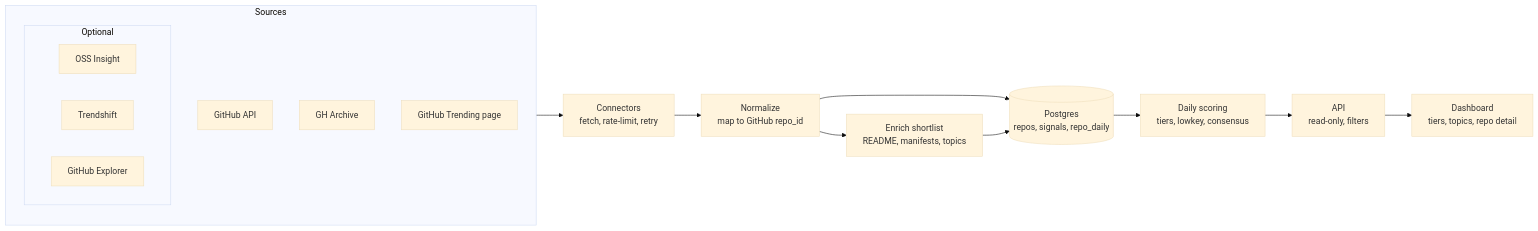
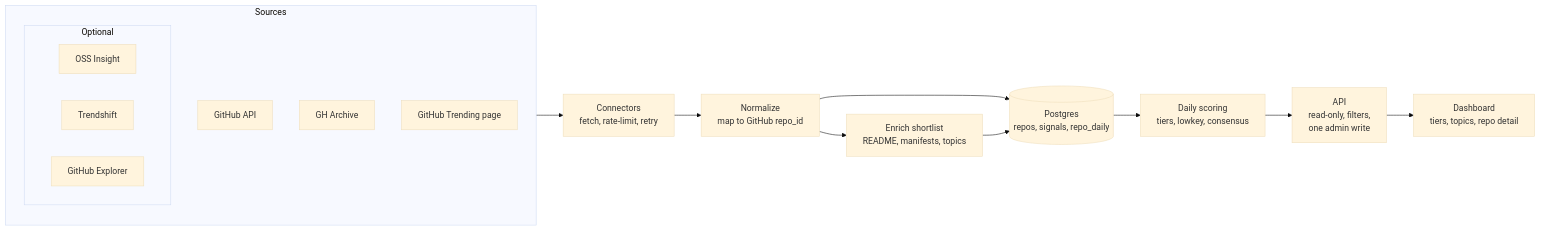
One commit to thunderkds/idea-radar changed the diagram in docs/SPEC.md. Above: the diagram before and after it, drawn with Mermaid (base theme). The commit also changed other lines of this file, not shown here.

First line of the commit message:
T027: SPEC documents POST /rescrape, ADMIN_TOKEN and the refresh buttons

````diff
--- a/docs/SPEC.md
+++ b/docs/SPEC.md
@@ -46,21 +46,21 @@
 ```mermaid
 flowchart LR
   subgraph Sources
     GA[GitHub API]
     GHA[GH Archive]
     GT[GitHub Trending page]
     subgraph Optional
       OSS[OSS Insight]
       TS[Trendshift]
       GE[GitHub Explorer]
     end
   end
   Sources --> C[Connectors<br/>fetch, rate-limit, retry]
   C --> N[Normalize<br/>map to GitHub repo_id]
   N --> E[Enrich shortlist<br/>README, manifests, topics]
   N --> PG[(Postgres<br/>repos, signals, repo_daily)]
   E --> PG
   PG --> S[Daily scoring<br/>tiers, lowkey, consensus]
-  S --> API[API<br/>read-only, filters]
+  S --> API[API<br/>read-only, filters,<br/>one admin write]
   API --> D[Dashboard<br/>tiers, topics, repo detail]
 ```
````
